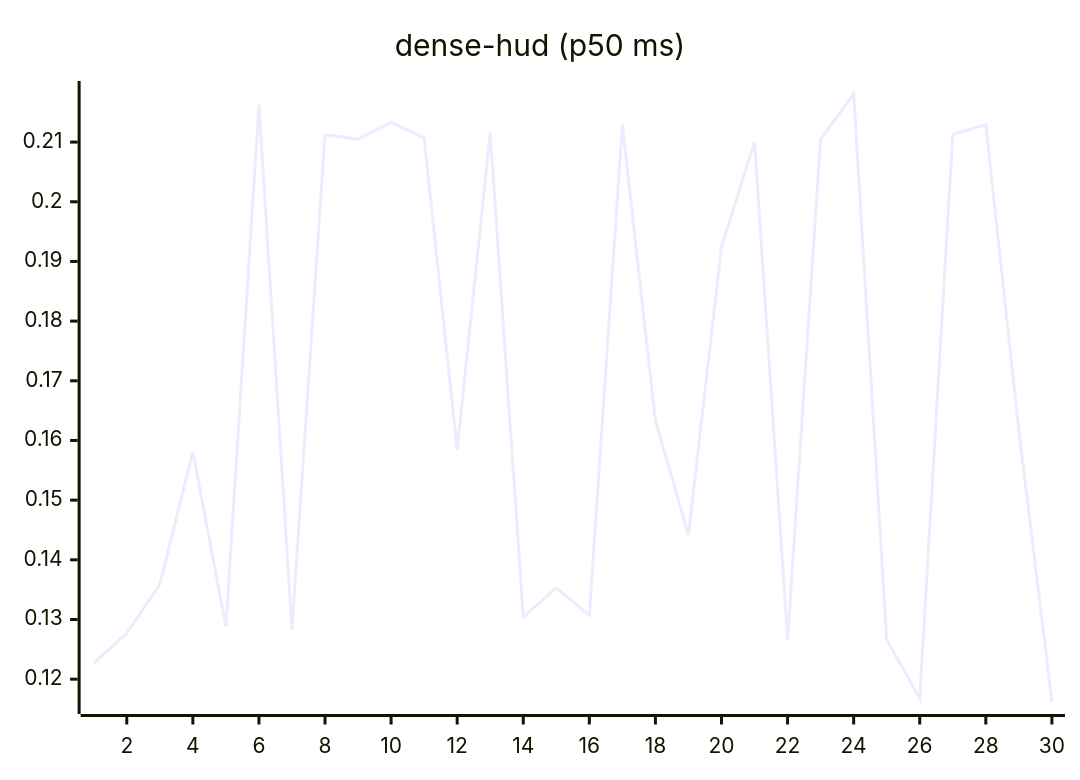
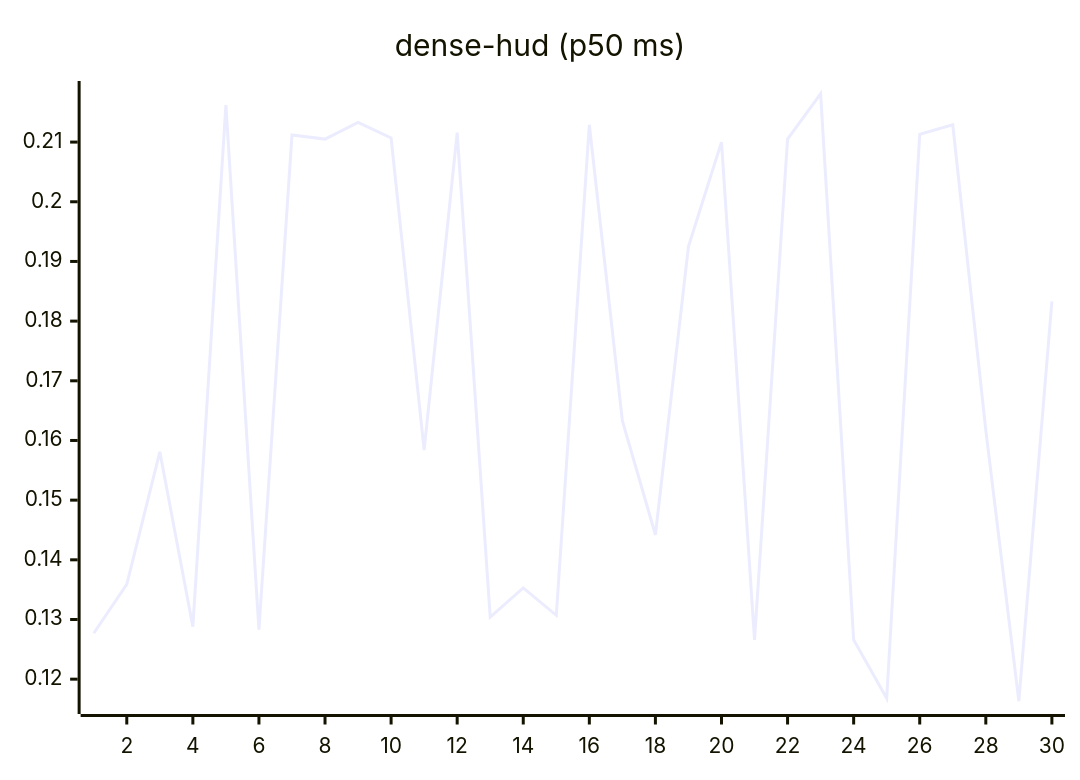
One commit to josha/Facet changed the eighth of 27 diagrams in README.md. Above: the diagram before and after it, drawn with Mermaid. The commit also changed other lines of this file and 2 other files, not shown here.

````diff
--- a/README.md
+++ b/README.md
@@ -112,6 +112,6 @@
 ```mermaid
 xychart-beta
     title "dense-hud (p50 ms)"
     x-axis 1 --> 30
-    line [0.1227, 0.1277, 0.1359, 0.1581, 0.1288, 0.2162, 0.1283, 0.2112, 0.2105, 0.2133, 0.2107, 0.1584, 0.2116, 0.1304, 0.1353, 0.1307, 0.2129, 0.1633, 0.1442, 0.1925, 0.2100, 0.1266, 0.2105, 0.2181, 0.1266, 0.1168, 0.2113, 0.2129, 0.1617, 0.1163]
+    line [0.1277, 0.1359, 0.1581, 0.1288, 0.2162, 0.1283, 0.2112, 0.2105, 0.2133, 0.2107, 0.1584, 0.2116, 0.1304, 0.1353, 0.1307, 0.2129, 0.1633, 0.1442, 0.1925, 0.2100, 0.1266, 0.2105, 0.2181, 0.1266, 0.1168, 0.2113, 0.2129, 0.1617, 0.1163, 0.1833]
 ```
````
